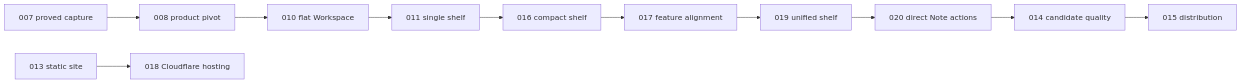
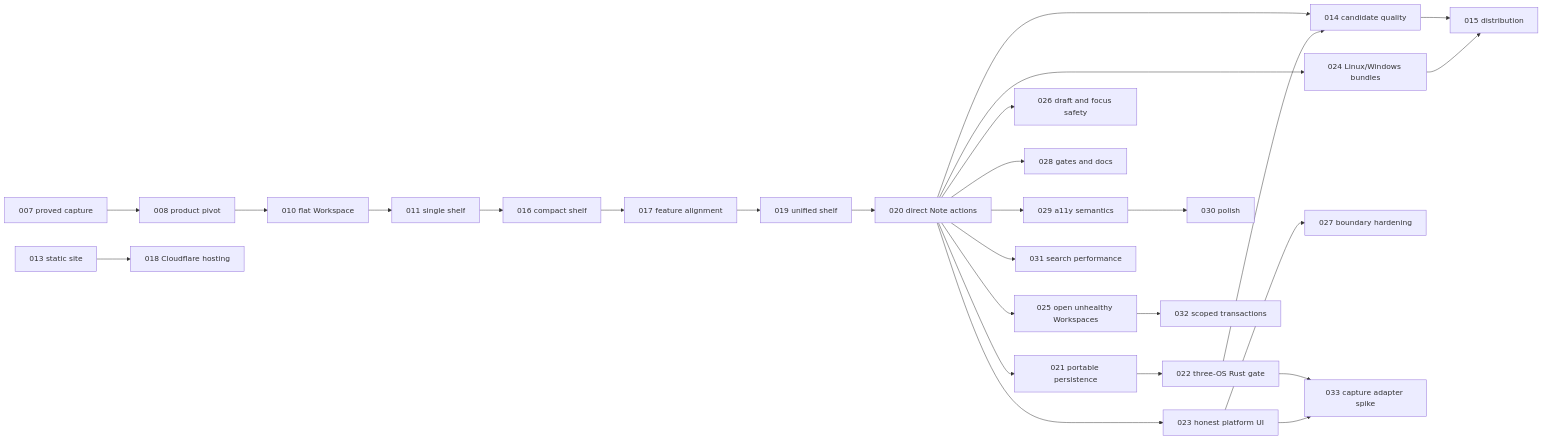
The diagram in plans/README.md (SimonHazard/Charon), drawn with Mermaid before and after one commit. The commit also changed other lines of this file and 43 other files, not shown here.

````diff
--- a/plans/README.md
+++ b/plans/README.md
@@ -66,13 +113,29 @@
 ```mermaid
 flowchart LR
   P7["007 proved capture"] --> P8["008 product pivot"]
   P8 --> P10["010 flat Workspace"]
   P10 --> P11["011 single shelf"]
   P11 --> P16["016 compact shelf"]
   P16 --> P17["017 feature alignment"]
   P17 --> P19["019 unified shelf"]
   P19 --> P20["020 direct Note actions"]
   P20 --> P14["014 candidate quality"]
   P14 --> P15["015 distribution"]
   P13["013 static site"] --> P18["018 Cloudflare hosting"]
+  P20 --> P21["021 portable persistence"]
+  P21 --> P22["022 three-OS Rust gate"]
+  P20 --> P23["023 honest platform UI"]
+  P20 --> P24["024 Linux/Windows bundles"]
+  P20 --> P25["025 open unhealthy Workspaces"]
+  P20 --> P26["026 draft and focus safety"]
+  P23 --> P27["027 boundary hardening"]
+  P20 --> P28["028 gates and docs"]
+  P20 --> P29["029 a11y semantics"]
+  P29 --> P30["030 polish"]
+  P20 --> P31["031 search performance"]
+  P25 --> P32["032 scoped transactions"]
+  P22 --> P33["033 capture adapter spike"]
+  P23 --> P33
+  P22 --> P14
+  P24 --> P15
 ```
````
